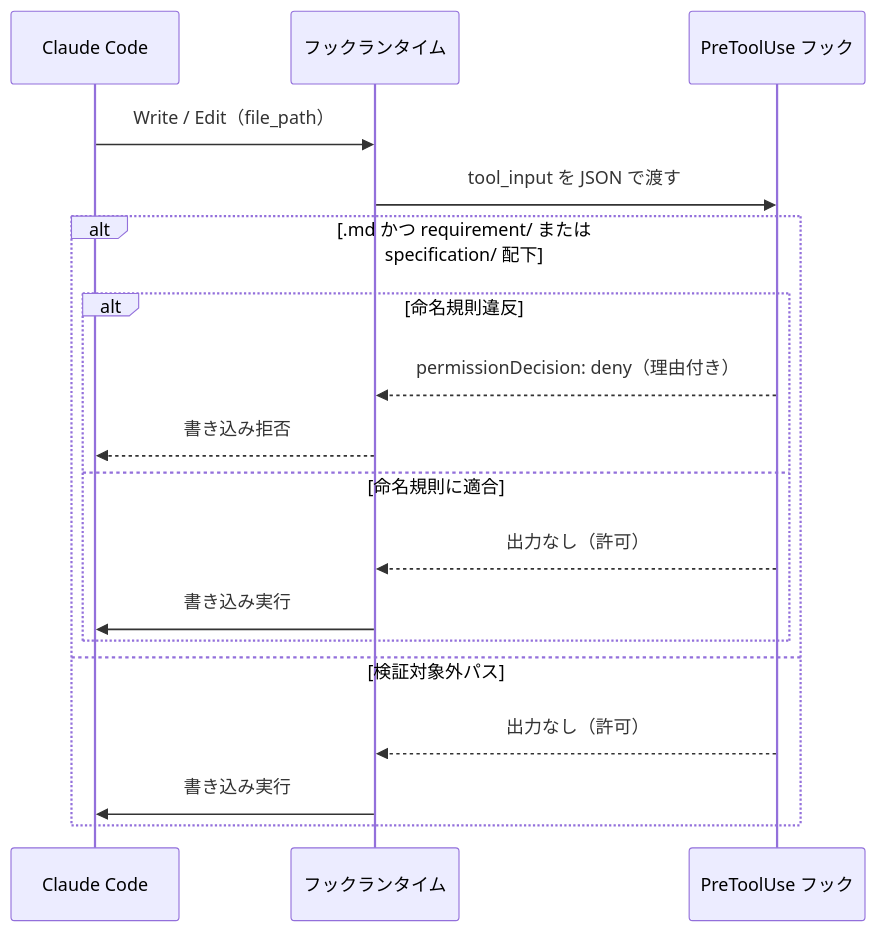
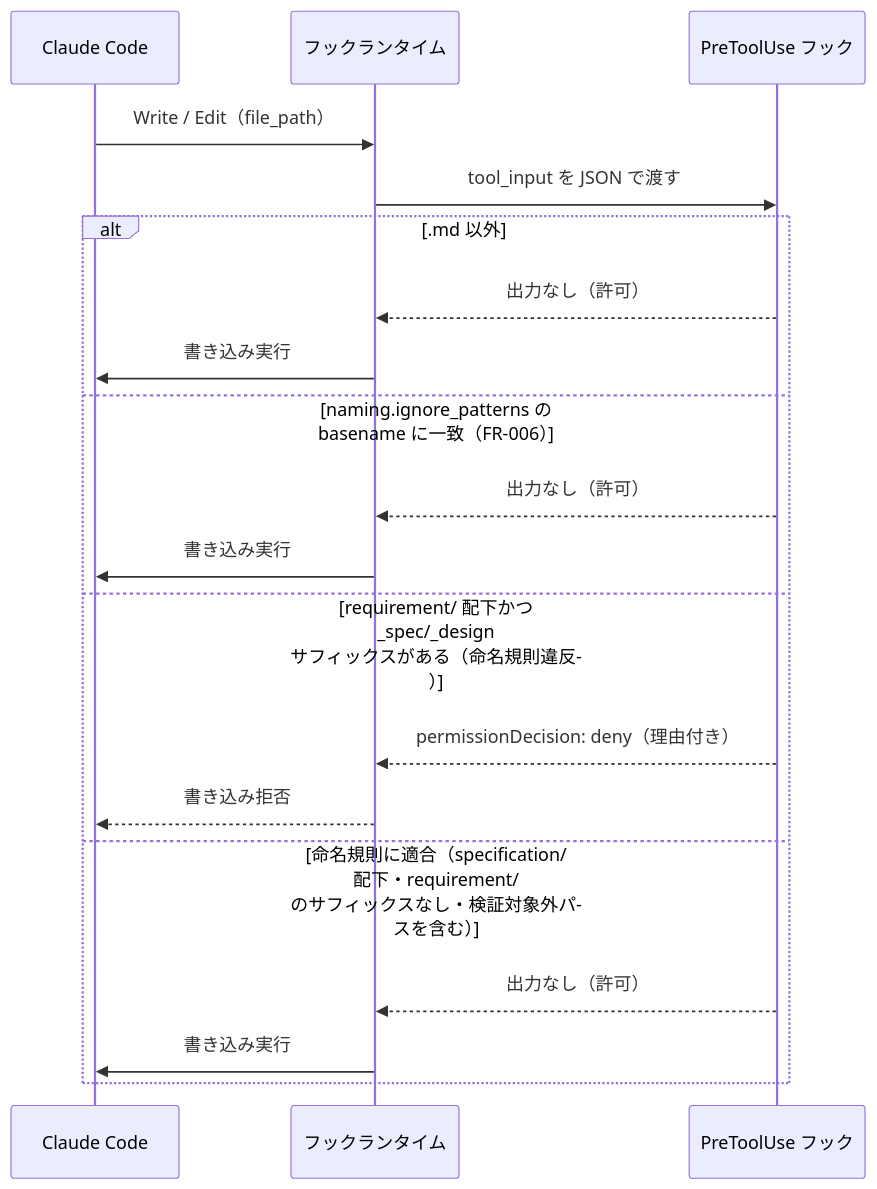
The diagram in .sdd/specification/quality-guardrails/naming-enforcement_spec.md (ToshikiImagawa/ai-sdd-workflow-dev), drawn with Mermaid before and after one commit. The commit also changed other lines of this file and 37 other files, not shown here.

````diff
--- a/.sdd/specification/quality-guardrails/naming-enforcement_spec.md
+++ b/.sdd/specification/quality-guardrails/naming-enforcement_spec.md
@@ -145,21 +144,22 @@
 ```mermaid
 sequenceDiagram
     participant Claude as Claude Code
     participant Runtime as フックランタイム
     participant Hook as PreToolUse フック
 
     Claude ->> Runtime: Write / Edit（file_path）
     Runtime ->> Hook: tool_input を JSON で渡す
-    alt .md かつ requirement/ または specification/ 配下
-        alt 命名規則違反
-            Hook -->> Runtime: permissionDecision: deny（理由付き）
-            Runtime -->> Claude: 書き込み拒否
-        else 命名規則に適合
-            Hook -->> Runtime: 出力なし（許可）
-            Runtime ->> Claude: 書き込み実行
-        end
-    else 検証対象外パス
+    alt .md 以外
+        Hook -->> Runtime: 出力なし（許可）
+        Runtime ->> Claude: 書き込み実行
+    else naming.ignore_patterns の basename に一致（FR-006）
+        Hook -->> Runtime: 出力なし（許可）
+        Runtime ->> Claude: 書き込み実行
+    else requirement/ 配下かつ _spec/_design サフィックスがある（命名規則違反）
+        Hook -->> Runtime: permissionDecision: deny（理由付き）
+        Runtime -->> Claude: 書き込み拒否
+    else 命名規則に適合（specification/ 配下・requirement/ のサフィックスなし・検証対象外パスを含む）
         Hook -->> Runtime: 出力なし（許可）
         Runtime ->> Claude: 書き込み実行
     end
 ```
````
